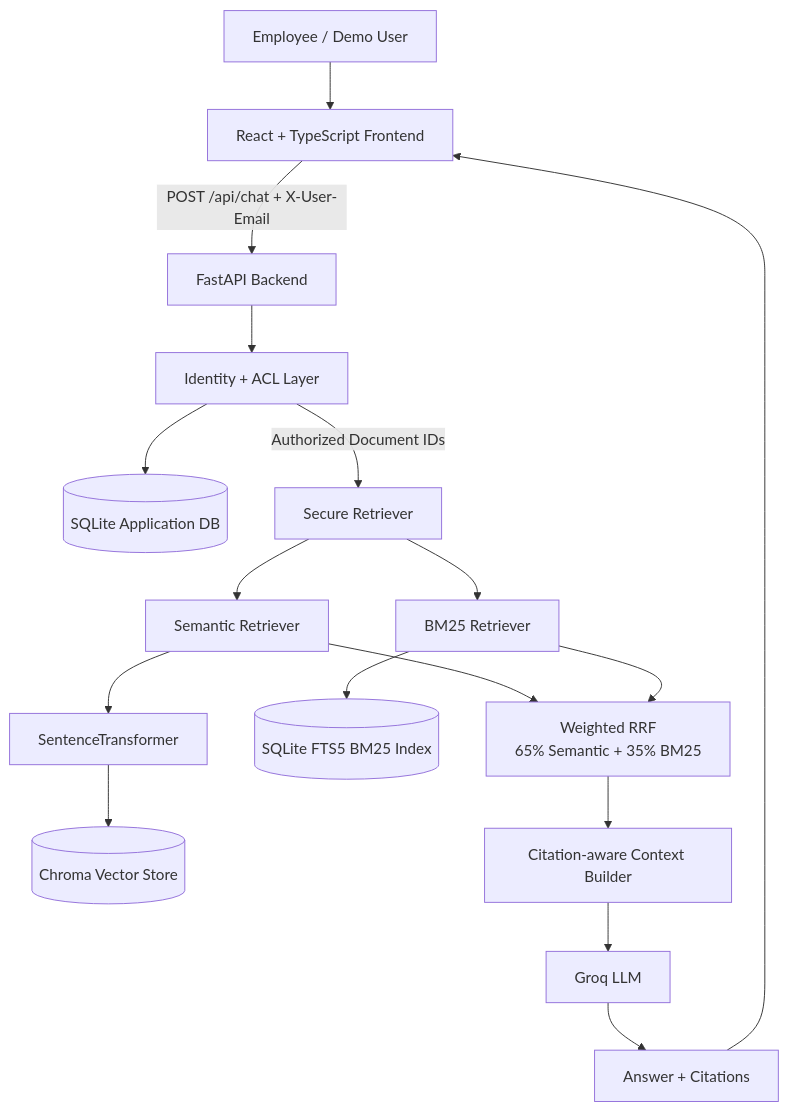
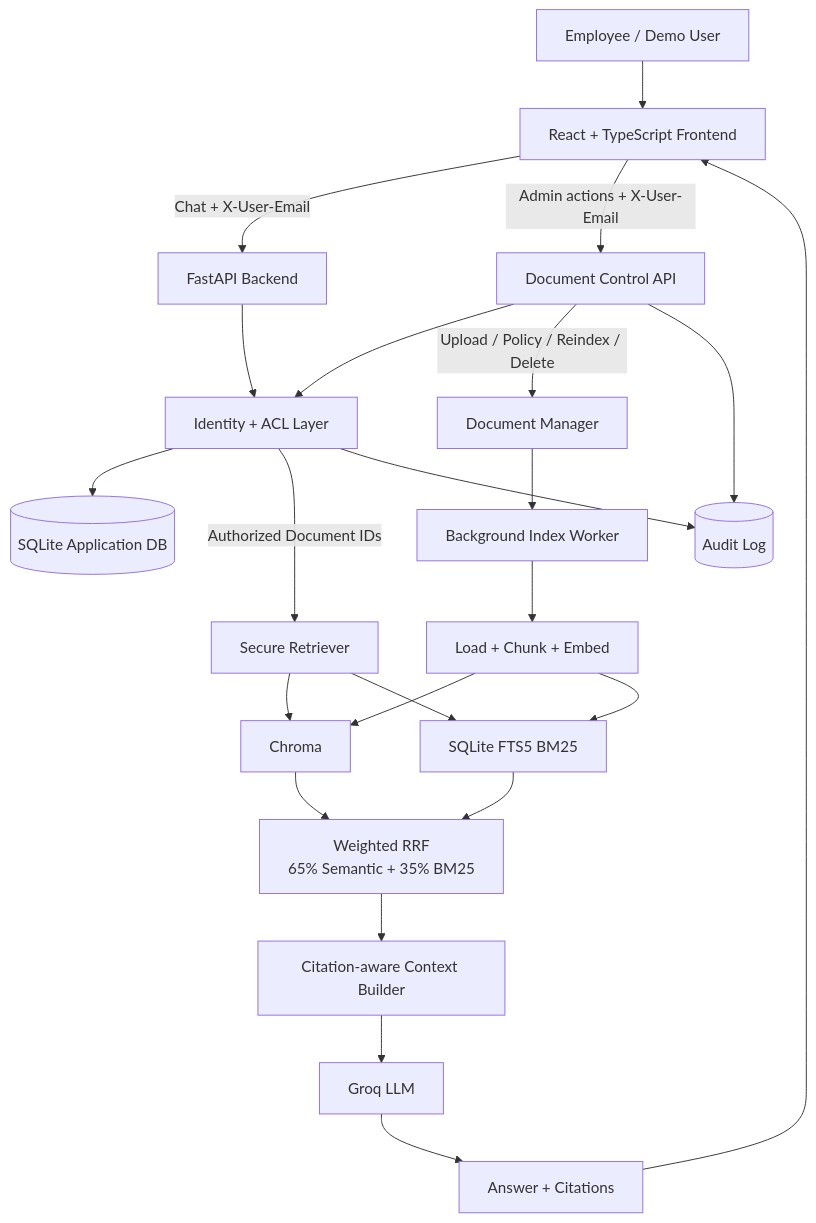
Before and after one commit to aditya-13115/secureRAG: the third of 6 diagrams in README.md, drawn with Mermaid. The commit also changed other lines of this file and 1 other file, not shown here.

Commit message:
docs: update README for admin policy and document management features

````diff
--- a/README.md
+++ b/README.md
@@ -82,27 +86,31 @@
 ```mermaid
 flowchart TB
     U[Employee / Demo User] --> FE[React + TypeScript Frontend]
-    FE -->|POST /api/chat + X-User-Email| API[FastAPI Backend]
+
+    FE -->|Chat + X-User-Email| API[FastAPI Backend]
+    FE -->|Admin actions + X-User-Email| DOCAPI[Document Control API]
 
     API --> AUTH[Identity + ACL Layer]
+    DOCAPI --> AUTH
     AUTH --> DB[(SQLite Application DB)]
 
+    DOCAPI -->|Upload / Policy / Reindex / Delete| MGR[Document Manager]
+    MGR --> WORKER[Background Index Worker]
+    WORKER --> LOAD[Load + Chunk + Embed]
+    LOAD --> CH[Chroma]
+    LOAD --> FTS[SQLite FTS5 BM25]
+
     AUTH -->|Authorized Document IDs| RET[Secure Retriever]
-
-    RET --> SEM[Semantic Retriever]
-    RET --> BM25[BM25 Retriever]
-
-    SEM --> EMB[SentenceTransformer]
-    EMB --> CH[(Chroma Vector Store)]
-
-    BM25 --> FTS[(SQLite FTS5 BM25 Index)]
-
-    SEM --> RRF[Weighted RRF<br/>65% Semantic + 35% BM25]
-    BM25 --> RRF
+    RET --> CH
+    RET --> FTS
+    CH --> RRF[Weighted RRF<br/>65% Semantic + 35% BM25]
+    FTS --> RRF
 
     RRF --> CTX[Citation-aware Context Builder]
     CTX --> LLM[Groq LLM]
-
     LLM --> RESP[Answer + Citations]
     RESP --> FE
+
+    AUTH --> AUDIT[(Audit Log)]
+    DOCAPI --> AUDIT
 ```
````
